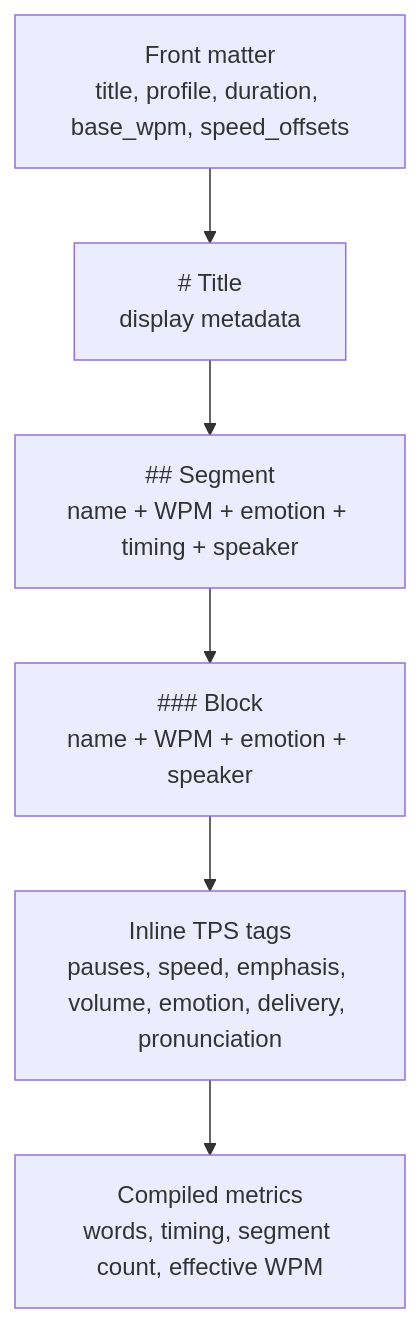
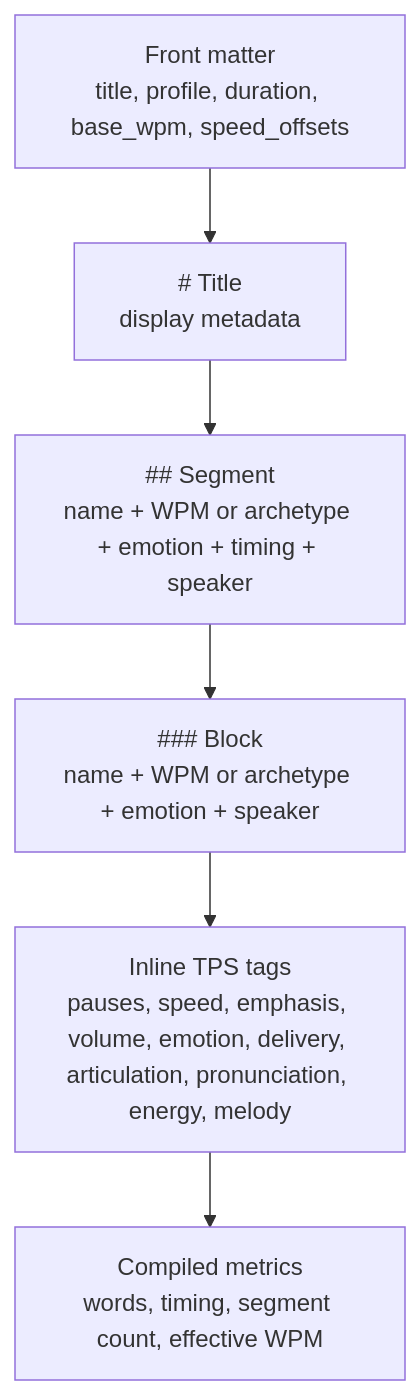
One commit to managedcode/PrompterOne changed the diagram in docs/Reference/TPS.md. Above: the diagram before and after it, drawn with Mermaid. The commit also changed other lines of this file and 103 other files, not shown here.

````diff
--- a/docs/Reference/TPS.md
+++ b/docs/Reference/TPS.md
@@ -9,15 +9,15 @@
 ```mermaid
 flowchart TD
     FrontMatter["Front matter<br/>title, profile, duration, base_wpm, speed_offsets"]
     Title["# Title<br/>display metadata"]
-    Segment["## Segment<br/>name + WPM + emotion + timing + speaker"]
-    Block["### Block<br/>name + WPM + emotion + speaker"]
-    Inline["Inline TPS tags<br/>pauses, speed, emphasis, volume, emotion, delivery, pronunciation"]
+    Segment["## Segment<br/>name + WPM or archetype + emotion + timing + speaker"]
+    Block["### Block<br/>name + WPM or archetype + emotion + speaker"]
+    Inline["Inline TPS tags<br/>pauses, speed, emphasis, volume, emotion, delivery, articulation, pronunciation, energy, melody"]
     Metrics["Compiled metrics<br/>words, timing, segment count, effective WPM"]
 
     FrontMatter --> Title
     Title --> Segment
     Segment --> Block
     Block --> Inline
     Inline --> Metrics
 ```
````
